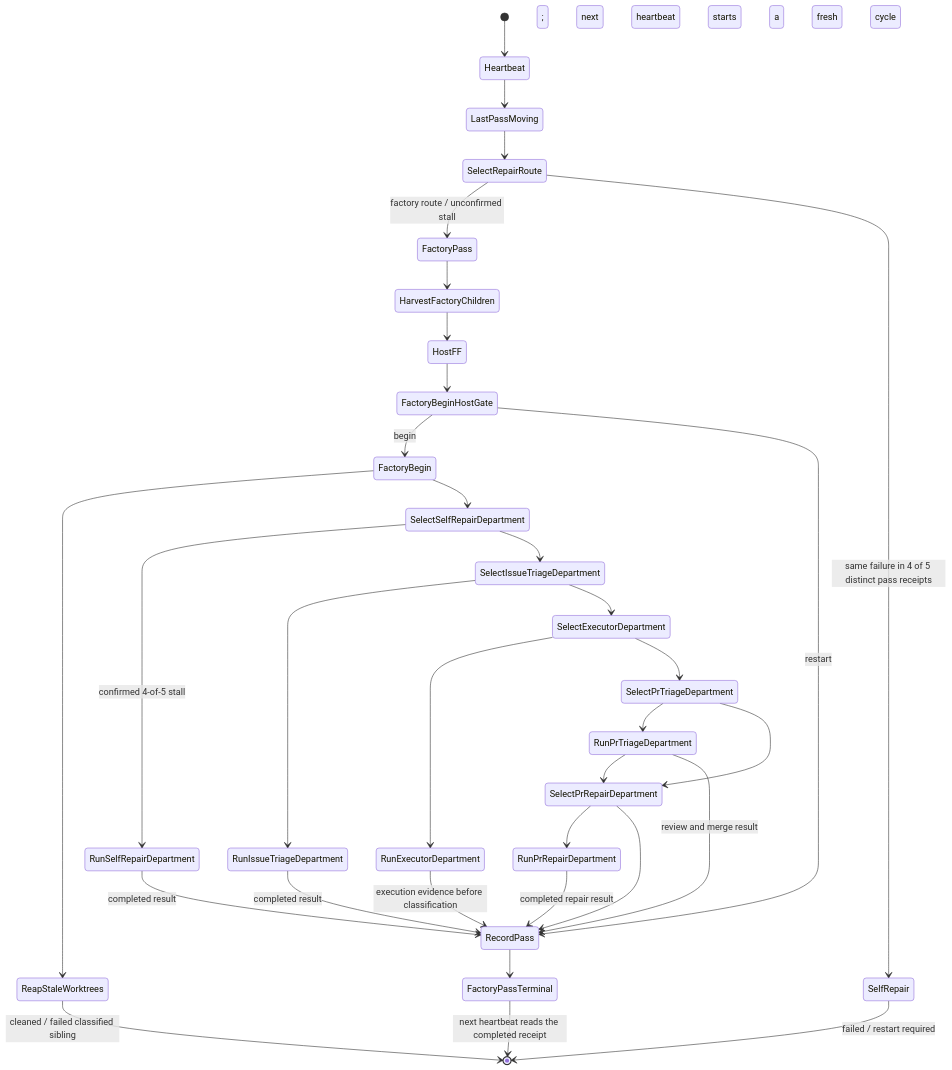
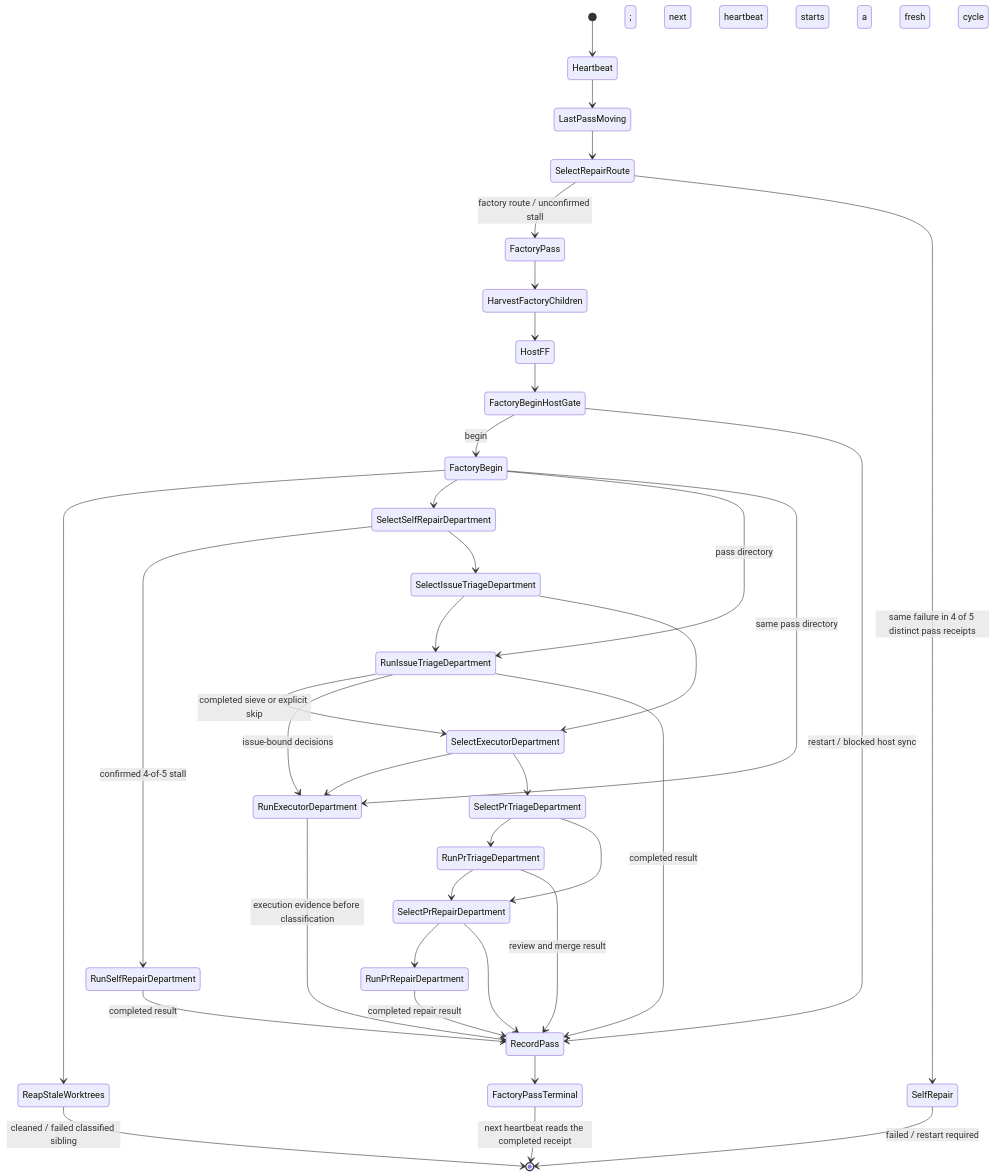
The first of 45 diagrams in README.md (mikolaj92/lokay), drawn with Mermaid before and after one commit. The commit also changed other lines of this file and 22 other files, not shown here.

First line of the commit message:
fix(delivery): advance serial issue queue, hand off sieve decisions, and report host sync failures

````diff
--- a/README.md
+++ b/README.md
@@ -95,35 +95,39 @@
 ```mermaid
 stateDiagram-v2
     [*] --> Heartbeat
     Heartbeat --> LastPassMoving
     LastPassMoving --> SelectRepairRoute
     SelectRepairRoute --> FactoryPass: factory route / unconfirmed stall
     SelectRepairRoute --> SelfRepair: same failure in 4 of 5 distinct pass receipts
     SelfRepair --> [*]: failed / restart required; next heartbeat starts a fresh cycle
     FactoryPass --> HarvestFactoryChildren
     HarvestFactoryChildren --> HostFF
     HostFF --> FactoryBeginHostGate
     FactoryBeginHostGate --> FactoryBegin: begin
-    FactoryBeginHostGate --> RecordPass: restart
+    FactoryBeginHostGate --> RecordPass: restart / blocked host sync
     FactoryBegin --> ReapStaleWorktrees
     FactoryBegin --> SelectSelfRepairDepartment
     SelectSelfRepairDepartment --> RunSelfRepairDepartment: confirmed 4-of-5 stall
     SelectSelfRepairDepartment --> SelectIssueTriageDepartment
     SelectIssueTriageDepartment --> RunIssueTriageDepartment
     SelectIssueTriageDepartment --> SelectExecutorDepartment
+    RunIssueTriageDepartment --> SelectExecutorDepartment: completed sieve or explicit skip
+    RunIssueTriageDepartment --> RunExecutorDepartment: issue-bound decisions
+    FactoryBegin --> RunIssueTriageDepartment: pass directory
+    FactoryBegin --> RunExecutorDepartment: same pass directory
     SelectExecutorDepartment --> RunExecutorDepartment
     SelectExecutorDepartment --> SelectPrTriageDepartment
     SelectPrTriageDepartment --> RunPrTriageDepartment
     SelectPrTriageDepartment --> SelectPrRepairDepartment
     RunPrTriageDepartment --> SelectPrRepairDepartment
     SelectPrRepairDepartment --> RunPrRepairDepartment
     SelectPrRepairDepartment --> RecordPass
     RunSelfRepairDepartment --> RecordPass: completed result
     RunIssueTriageDepartment --> RecordPass: completed result
     RunExecutorDepartment --> RecordPass: execution evidence before classification
     RunPrTriageDepartment --> RecordPass: review and merge result
     RunPrRepairDepartment --> RecordPass: completed repair result
     RecordPass --> FactoryPassTerminal
     ReapStaleWorktrees --> [*]: cleaned / failed classified sibling
     FactoryPassTerminal --> [*]: next heartbeat reads the completed receipt
 ```
````
